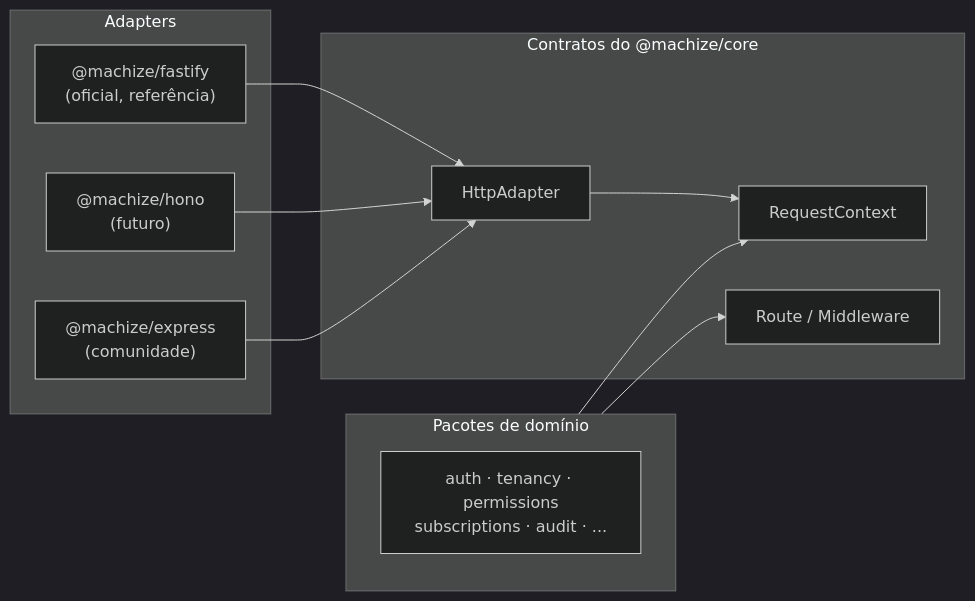
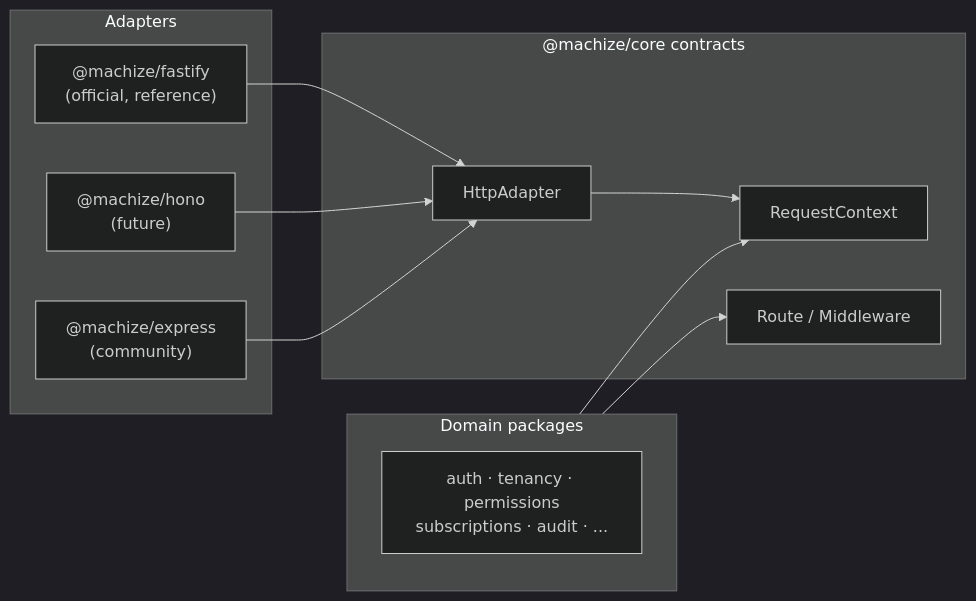
One commit to basaltkit/basalt changed the third of 4 diagrams in ARCHITECTURE.md. Above: the diagram before and after it, drawn with Mermaid (dark theme). The commit also changed other lines of this file, not shown here.

First line of the commit message:
docs: translate ARCHITECTURE.md to English and drop Laravel framing

````diff
--- a/ARCHITECTURE.md
+++ b/ARCHITECTURE.md
@@ -307,22 +307,22 @@
 ```mermaid
 graph LR
     subgraph Adapters
-        AF["@machize/fastify<br/>(oficial, referência)"]
-        AH["@machize/hono<br/>(futuro)"]
-        AE["@machize/express<br/>(comunidade)"]
+        AF["@machize/fastify<br/>(official, reference)"]
+        AH["@machize/hono<br/>(future)"]
+        AE["@machize/express<br/>(community)"]
     end
-    subgraph Core["Contratos do @machize/core"]
+    subgraph Core["@machize/core contracts"]
         HA["HttpAdapter"]
         RC["RequestContext"]
         RT["Route / Middleware"]
     end
-    subgraph Dominio["Pacotes de domínio"]
+    subgraph Domain["Domain packages"]
         D1["auth · tenancy · permissions<br/>subscriptions · audit · ..."]
     end
     AF --> HA
     AH --> HA
     AE --> HA
     HA --> RC
-    Dominio --> RC
-    Dominio --> RT
+    Domain --> RC
+    Domain --> RT
 ```
````
